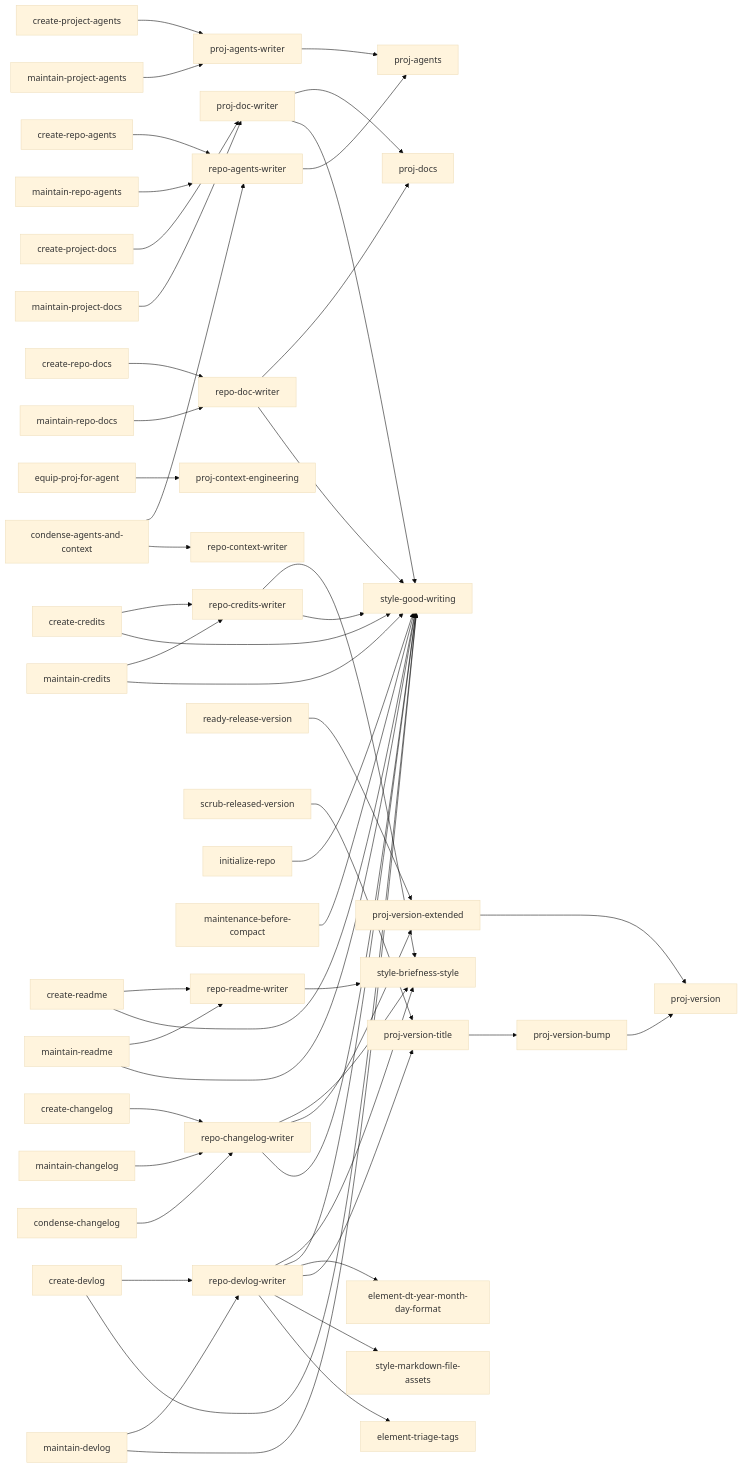
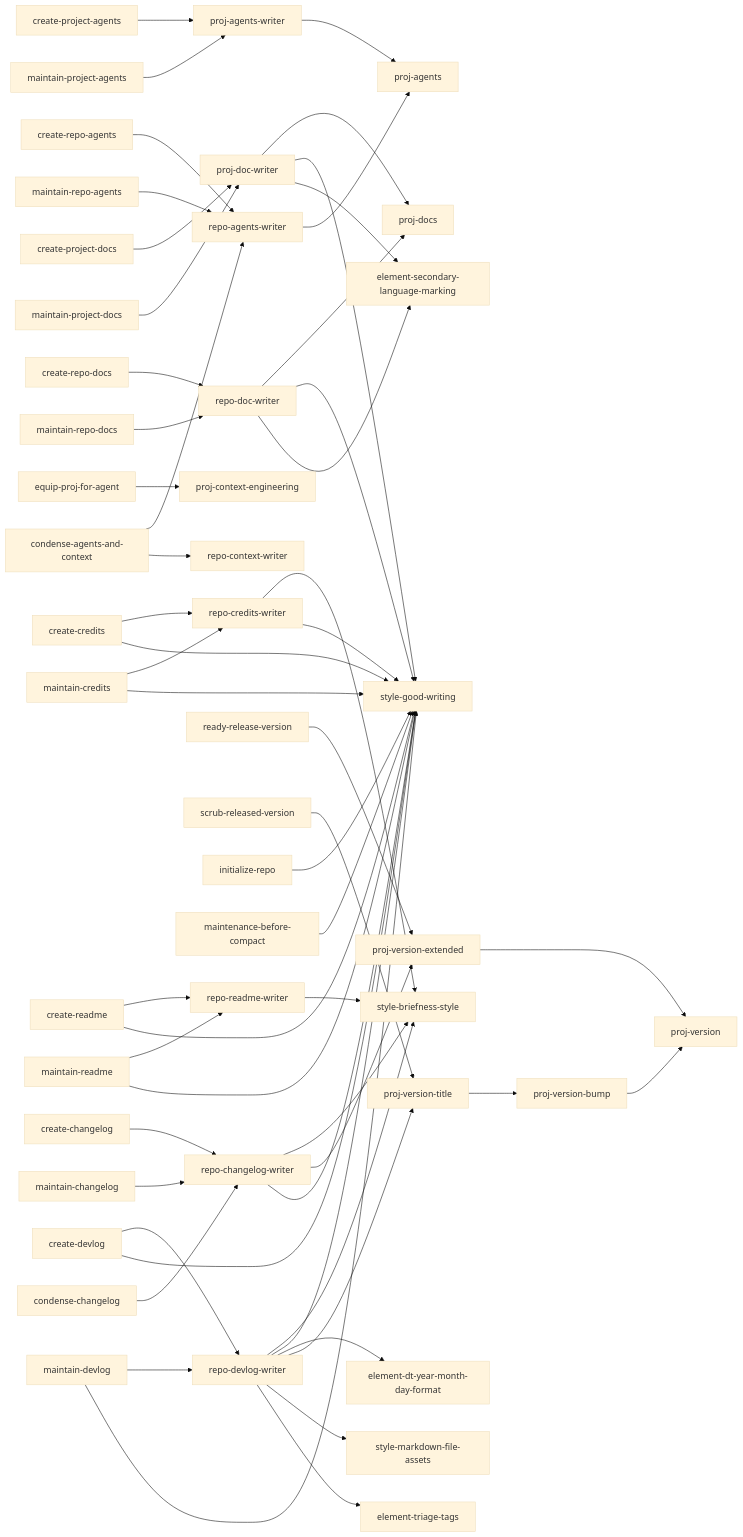
The second of 10 diagrams in docs/blueprint-doc.md (kami-lel/kaye-library), drawn with Mermaid (base theme) before and after one commit. The commit also changed 7 other files, not shown here.

First line of the commit message:
register secondary-language-marking skill; doc writers depend on it

````diff
--- a/docs/blueprint-doc.md
+++ b/docs/blueprint-doc.md
@@ -37,54 +37,56 @@
 ```mermaid
 flowchart LR
     proj_agents_writer["proj-agents-writer"] --> proj_agents["proj-agents"]
     repo_agents_writer["repo-agents-writer"] --> proj_agents
     proj_doc_writer["proj-doc-writer"] --> proj_docs["proj-docs"]
     repo_doc_writer["repo-doc-writer"] --> proj_docs
     proj_doc_writer --> style_good_writing["style-good-writing"]
     repo_doc_writer --> style_good_writing
+    proj_doc_writer --> element_secondary_language_marking["element-secondary-language-marking"]
+    repo_doc_writer --> element_secondary_language_marking
     equip_proj_for_agent["equip-proj-for-agent"] --> proj_context_engineering["proj-context-engineering"]
     repo_readme_writer["repo-readme-writer"] --> style_briefness_style["style-briefness-style"]
     repo_changelog_writer["repo-changelog-writer"] --> style_briefness_style
     repo_changelog_writer --> proj_version_extended["proj-version-extended"]
     repo_changelog_writer --> style_good_writing
     repo_credits_writer["repo-credits-writer"] --> style_briefness_style
     repo_credits_writer --> style_good_writing
     repo_devlog_writer["repo-devlog-writer"] --> style_briefness_style
     repo_devlog_writer --> style_good_writing
     repo_devlog_writer --> element_dt_year_month_day_format["element-dt-year-month-day-format"]
     repo_devlog_writer --> proj_version_title
     repo_devlog_writer --> style_markdown_file_assets["style-markdown-file-assets"]
     repo_devlog_writer --> element_triage_tags["element-triage-tags"]
     ready_release_version["ready-release-version"] --> proj_version_extended
     scrub_released_version["scrub-released-version"] --> proj_version_title["proj-version-title"]
     proj_version_title["proj-version-title"] --> proj_version_bump["proj-version-bump"]
     proj_version_bump --> proj_version["proj-version"]
     proj_version_extended --> proj_version
     initialize_repo["initialize-repo"] --> style_good_writing
     maintenance_before_compact["maintenance-before-compact"] --> style_good_writing
     condense_agents_and_context["condense-agents-and-context"] --> repo_agents_writer
     condense_agents_and_context --> repo_context_writer["repo-context-writer"]
     create_project_agents["create-project-agents"] --> proj_agents_writer
     maintain_project_agents["maintain-project-agents"] --> proj_agents_writer
     create_project_docs["create-project-docs"] --> proj_doc_writer
     maintain_project_docs["maintain-project-docs"] --> proj_doc_writer
     create_readme["create-readme"] --> repo_readme_writer
     maintain_readme["maintain-readme"] --> repo_readme_writer
     create_readme --> style_good_writing
     maintain_readme --> style_good_writing
     create_changelog["create-changelog"] --> repo_changelog_writer
     maintain_changelog["maintain-changelog"] --> repo_changelog_writer
     condense_changelog["condense-changelog"] --> repo_changelog_writer
     create_credits["create-credits"] --> repo_credits_writer
     maintain_credits["maintain-credits"] --> repo_credits_writer
     create_devlog["create-devlog"] --> repo_devlog_writer
     maintain_devlog["maintain-devlog"] --> repo_devlog_writer
     create_credits --> style_good_writing
     maintain_credits --> style_good_writing
     create_devlog --> style_good_writing
     maintain_devlog --> style_good_writing
     create_repo_agents["create-repo-agents"] --> repo_agents_writer
     maintain_repo_agents["maintain-repo-agents"] --> repo_agents_writer
     create_repo_docs["create-repo-docs"] --> repo_doc_writer
     maintain_repo_docs["maintain-repo-docs"] --> repo_doc_writer
 ```
````
